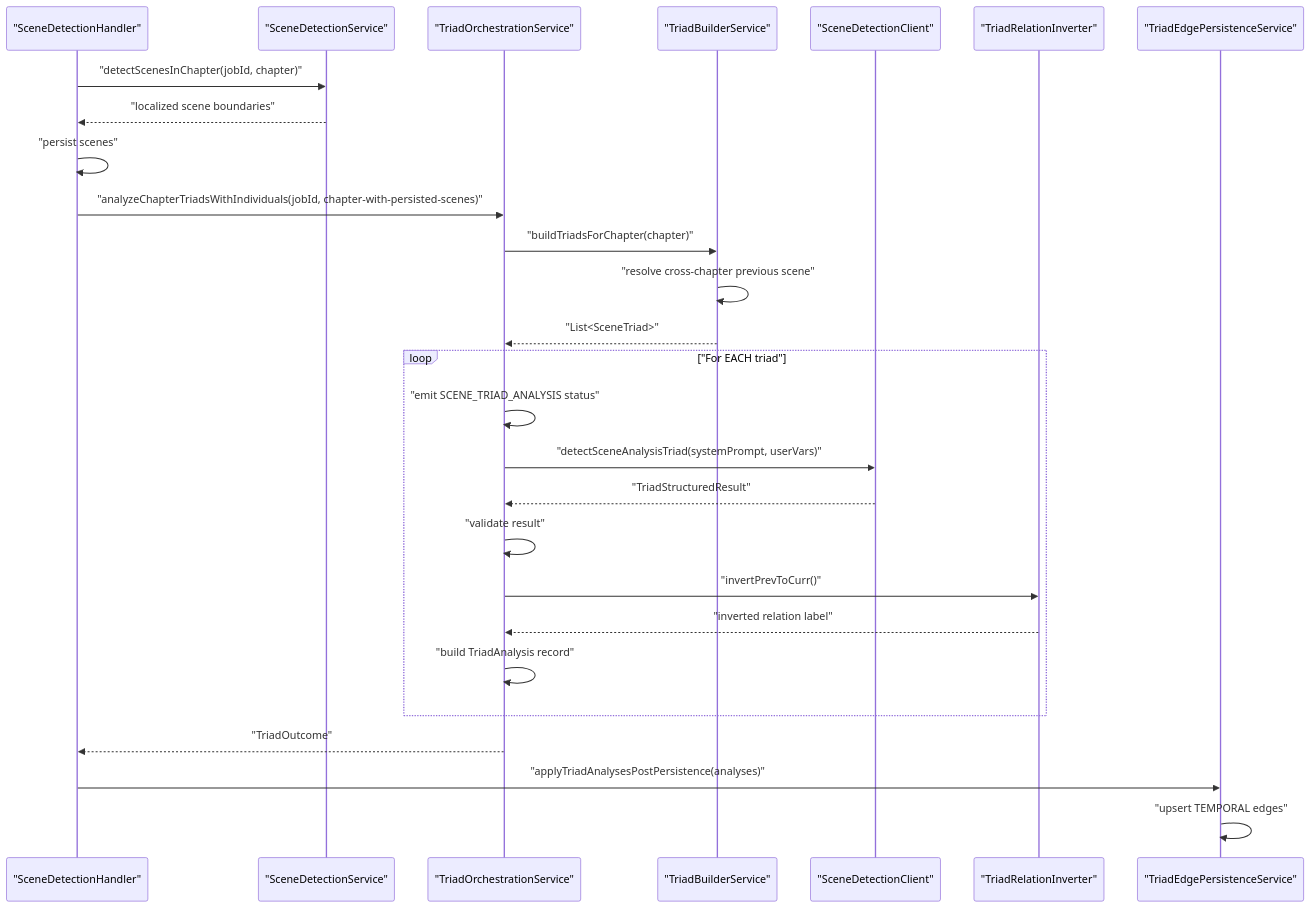
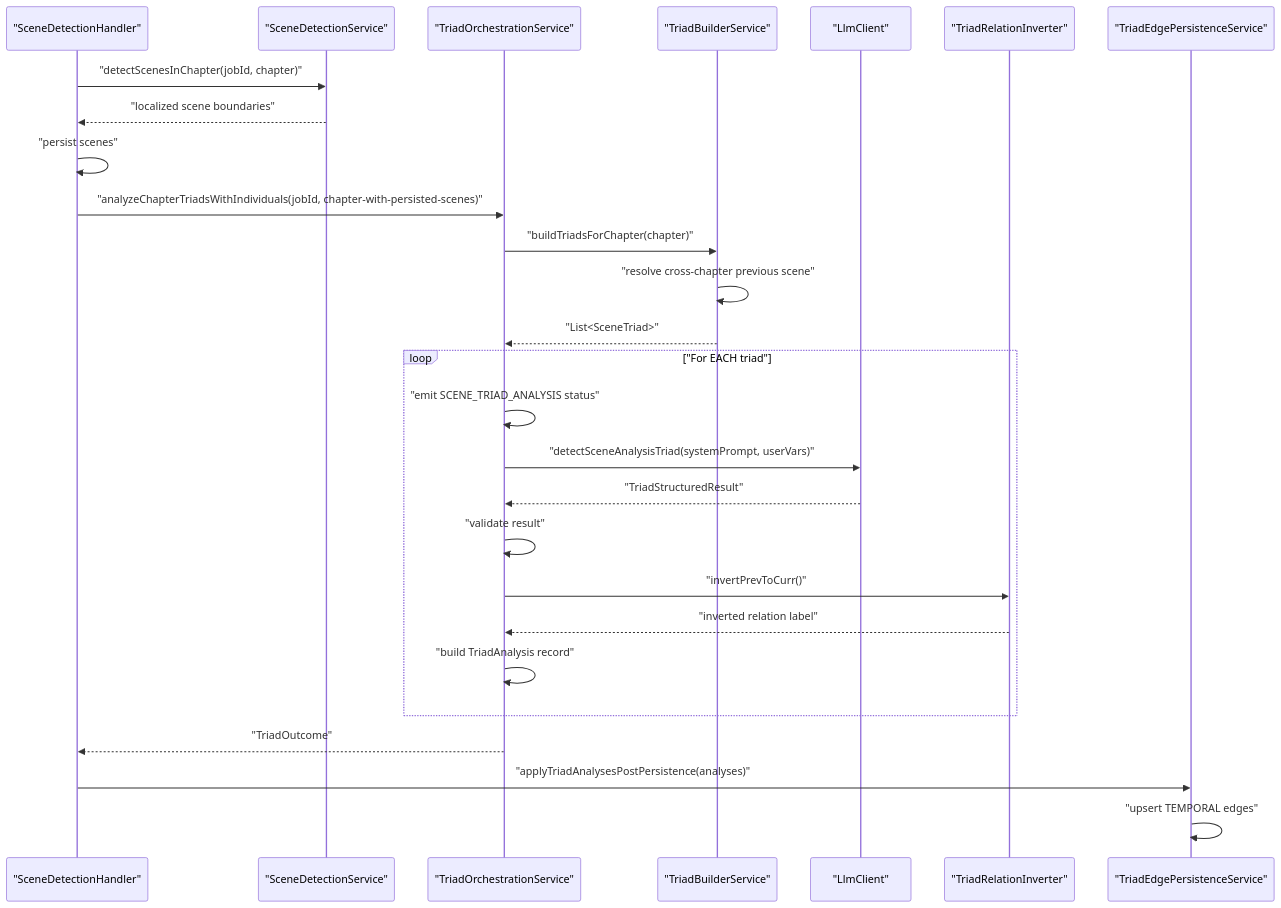
The second of 2 diagrams in docs/patterns/ingestion/triad-analysis.md (chaixdev/lorevault-kb), drawn with Mermaid before and after one commit. The commit also changed other lines of this file and 8 other files, not shown here.

````diff
--- a/docs/patterns/ingestion/triad-analysis.md
+++ b/docs/patterns/ingestion/triad-analysis.md
@@ -30,30 +30,30 @@
 ```mermaid
 sequenceDiagram
     participant SDH as "SceneDetectionHandler"
     participant SDS as "SceneDetectionService"
     participant TOS as "TriadOrchestrationService"
     participant TBS as "TriadBuilderService"
-    participant SDC as "SceneDetectionClient"
+    participant SDC as "LlmClient"
     participant TRI as "TriadRelationInverter"
     participant TEPS as "TriadEdgePersistenceService"
 
     SDH->>SDS: "detectScenesInChapter(jobId, chapter)"
     SDS-->>SDH: "localized scene boundaries"
     SDH->>SDH: "persist scenes"
     SDH->>TOS: "analyzeChapterTriadsWithIndividuals(jobId, chapter-with-persisted-scenes)"
     TOS->>TBS: "buildTriadsForChapter(chapter)"
     TBS->>TBS: "resolve cross-chapter previous scene"
     TBS-->>TOS: "List<SceneTriad>"
     loop "For EACH triad"
         TOS->>TOS: "emit SCENE_TRIAD_ANALYSIS status"
         TOS->>SDC: "detectSceneAnalysisTriad(systemPrompt, userVars)"
         SDC-->>TOS: "TriadStructuredResult"
         TOS->>TOS: "validate result"
         TOS->>TRI: "invertPrevToCurr()"
         TRI-->>TOS: "inverted relation label"
         TOS->>TOS: "build TriadAnalysis record"
     end
     TOS-->>SDH: "TriadOutcome"
     SDH->>TEPS: "applyTriadAnalysesPostPersistence(analyses)"
     TEPS->>TEPS: "upsert TEMPORAL edges"
 ```
````
